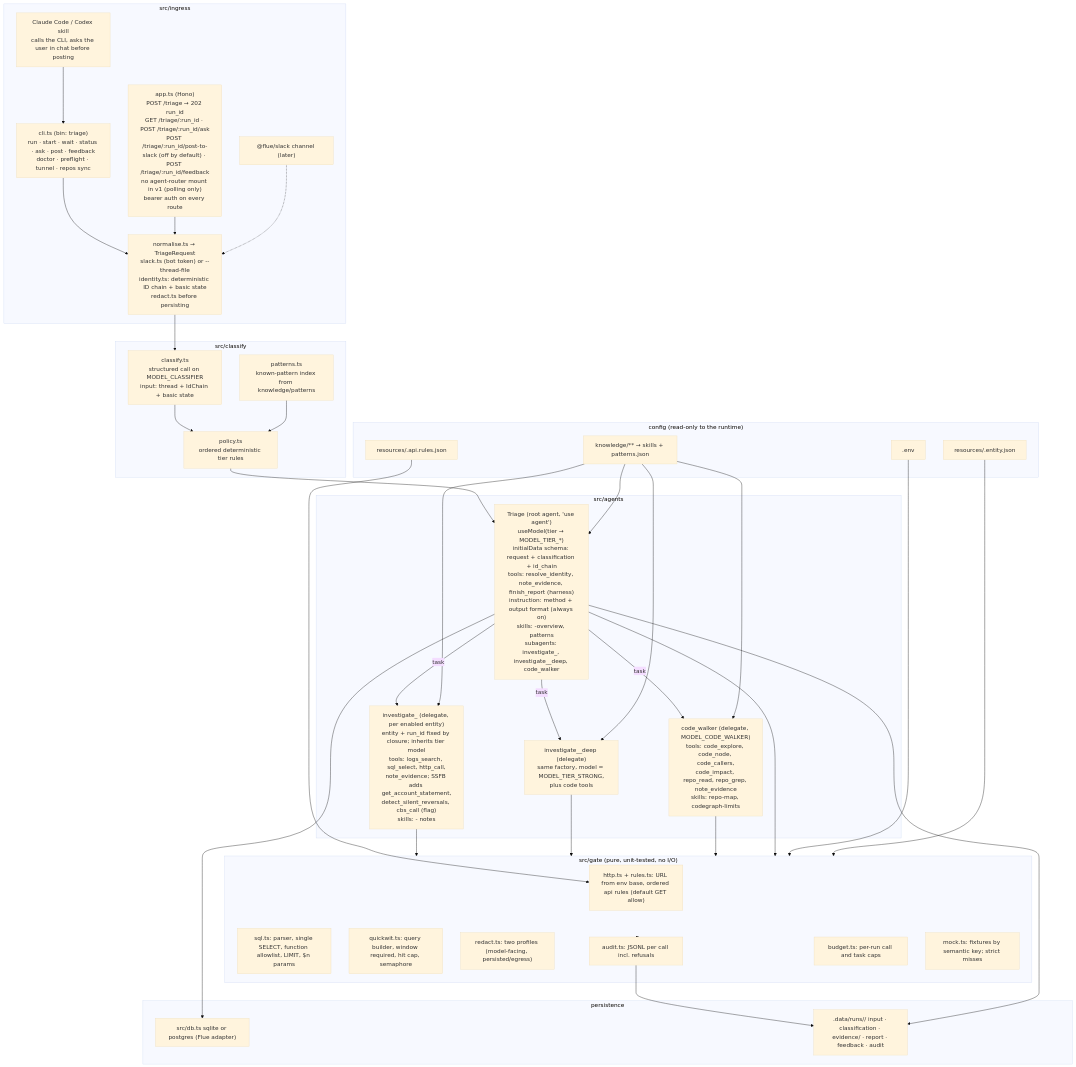
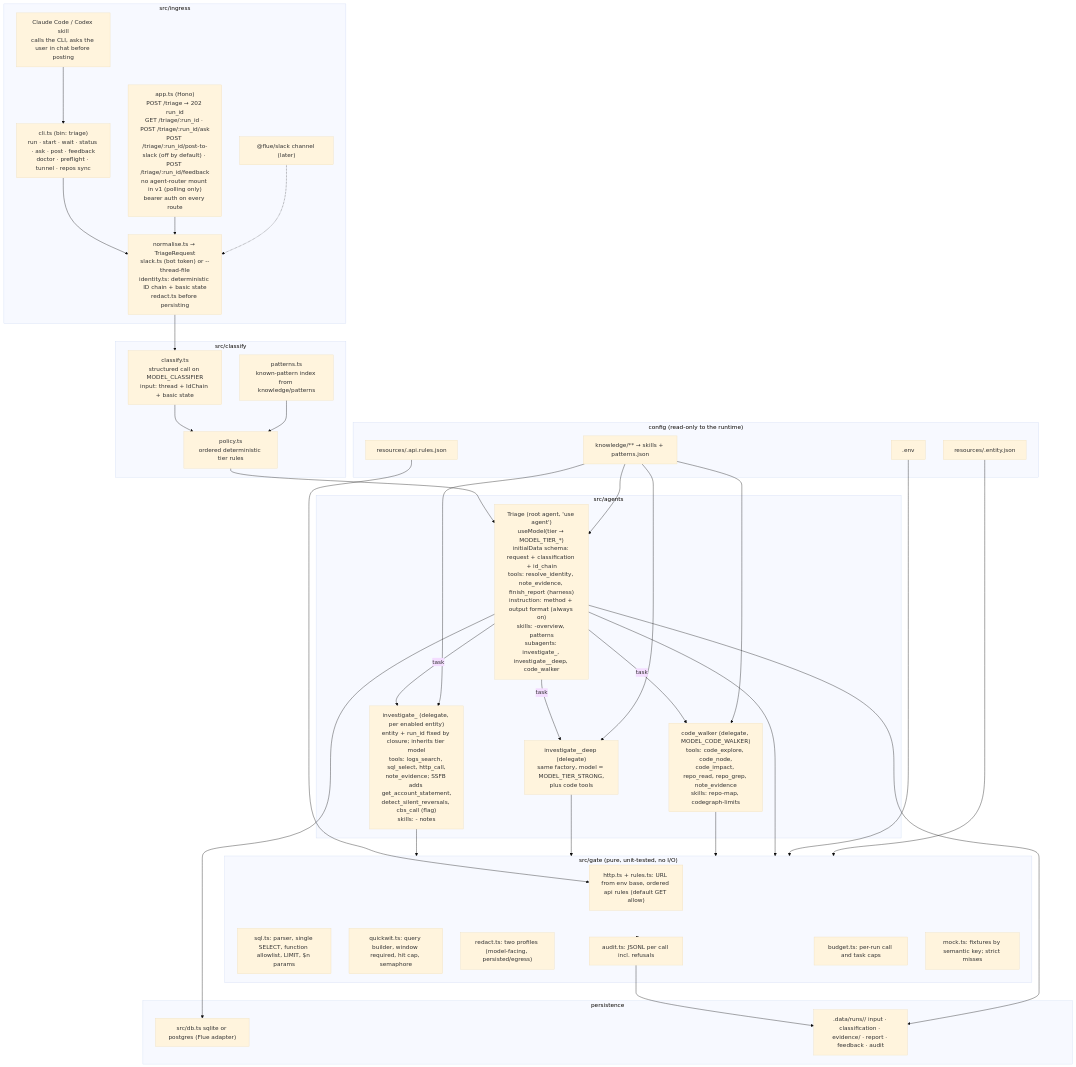
One commit to varun-aspora/triage-app changed the diagram in docs/02-hld-detailed.md. Above: the diagram before and after it, drawn with Mermaid (base theme). The commit also changed other lines of this file and 15 other files, not shown here.

First line of the commit message:
refactor(tools): drop code_callers

````diff
--- a/docs/02-hld-detailed.md
+++ b/docs/02-hld-detailed.md
@@ -5,64 +5,64 @@
 ```mermaid
 flowchart TB
     subgraph Ingress["src/ingress"]
         CLI["cli.ts (bin: triage)<br/>run · start · wait · status · ask · post · feedback<br/>doctor · preflight · tunnel · repos sync"]
         API["app.ts (Hono)<br/>POST /triage → 202 run_id<br/>GET /triage/:run_id · POST /triage/:run_id/ask<br/>POST /triage/:run_id/post-to-slack (off by default) · POST /triage/:run_id/feedback<br/>no agent-router mount in v1 (polling only)<br/>bearer auth on every route"]
         SKILL["Claude Code / Codex skill<br/>calls the CLI, asks the user in chat before posting"]
         SLACKCH["@flue/slack channel (later)"]
         NORM["normalise.ts → TriageRequest<br/>slack.ts (bot token) or --thread-file<br/>identity.ts: deterministic ID chain + basic state<br/>redact.ts before persisting"]
     end
 
     subgraph Classify["src/classify"]
         CLS["classify.ts<br/>structured call on MODEL_CLASSIFIER<br/>input: thread + IdChain + basic state"]
         POL["policy.ts<br/>ordered deterministic tier rules"]
         KBM["patterns.ts<br/>known-pattern index from knowledge/patterns"]
     end
 
     subgraph Agents["src/agents"]
         TRI["Triage (root agent, 'use agent')<br/>useModel(tier → MODEL_TIER_*)<br/>initialData schema: request + classification + id_chain<br/>tools: resolve_identity, note_evidence, finish_report (harness)<br/>instruction: method + output format (always on)<br/>skills: <entity>-overview, patterns<br/>subagents: investigate_<entity>, investigate_<entity>_deep, code_walker"]
         INV["investigate_<entity> (delegate, per enabled entity)<br/>entity + run_id fixed by closure; inherits tier model<br/>tools: logs_search, sql_select, http_call,<br/>note_evidence; SSFB adds get_account_statement,<br/>detect_silent_reversals, cbs_call (flag)<br/>skills: <entity>-<service> notes"]
         DEEP["investigate_<entity>_deep (delegate)<br/>same factory, model = MODEL_TIER_STRONG,<br/>plus code tools"]
-        CW["code_walker (delegate, MODEL_CODE_WALKER)<br/>tools: code_explore, code_node, code_callers,<br/>code_impact, repo_read, repo_grep, note_evidence<br/>skills: repo-map, codegraph-limits"]
+        CW["code_walker (delegate, MODEL_CODE_WALKER)<br/>tools: code_explore, code_node,<br/>code_impact, repo_read, repo_grep, note_evidence<br/>skills: repo-map, codegraph-limits"]
     end
 
     subgraph Gate["src/gate (pure, unit-tested, no I/O)"]
         G1["http.ts + rules.ts: URL from env base, ordered api rules (default GET allow)"]
         G2["sql.ts: parser, single SELECT, function allowlist, LIMIT, $n params"]
         G3["quickwit.ts: query builder, window required, hit cap, semaphore"]
         G4["redact.ts: two profiles (model-facing, persisted/egress)"]
         G5["audit.ts: JSONL per call incl. refusals"]
         G6["budget.ts: per-run call and task caps"]
         G7["mock.ts: fixtures by semantic key; strict misses"]
     end
 
     subgraph Config["config (read-only to the runtime)"]
         ENV[".env"]
         REG["resources/<entity>.entity.json"]
         ALLOW["resources/<entity>.api.rules.json"]
         KNOW["knowledge/** → skills + patterns.json"]
     end
 
     subgraph Persist["persistence"]
         DB["src/db.ts sqlite or postgres (Flue adapter)"]
         RUN[".data/runs/<run_id>/ input · classification · evidence/ · report · feedback · audit"]
     end
 
     CLI --> NORM
     API --> NORM
     SKILL --> CLI
     SLACKCH -.-> NORM
     NORM --> CLS --> POL --> TRI
     KBM --> POL
     TRI -- task --> INV
     TRI -- task --> DEEP
     TRI -- task --> CW
     INV & DEEP & CW --> Gate
     TRI --> Gate
     ENV --> Gate
     REG --> Gate
     ALLOW --> G1
     KNOW --> TRI & INV & DEEP & CW
     Gate --> G5 --> RUN
     TRI --> RUN
     TRI --> DB
 ```
````
